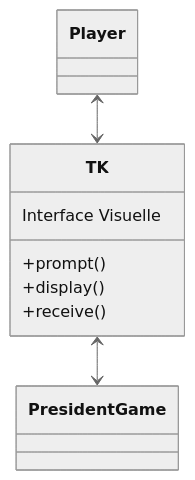
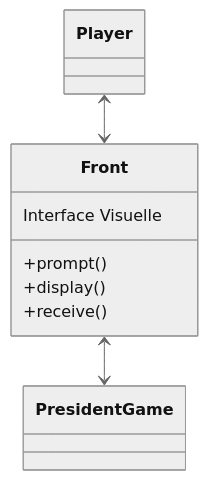
The sixth of 6 diagrams in README.md (Mistayan/President-Game), drawn with Mermaid (neutral theme) before and after one commit. The commit also changed other lines of this file, not shown here.

````diff
--- a/README.md
+++ b/README.md
@@ -256,12 +256,12 @@
 ```mermaid
 classDiagram
-    Player <--> TK
-    TK <--> PresidentGame
-    class TK {
+    Player <--> Front
+    Front <--> PresidentGame
+    class Front {
     Interface Visuelle
     +prompt()
     +display()
     +receive()
     }
     
 ```
````
